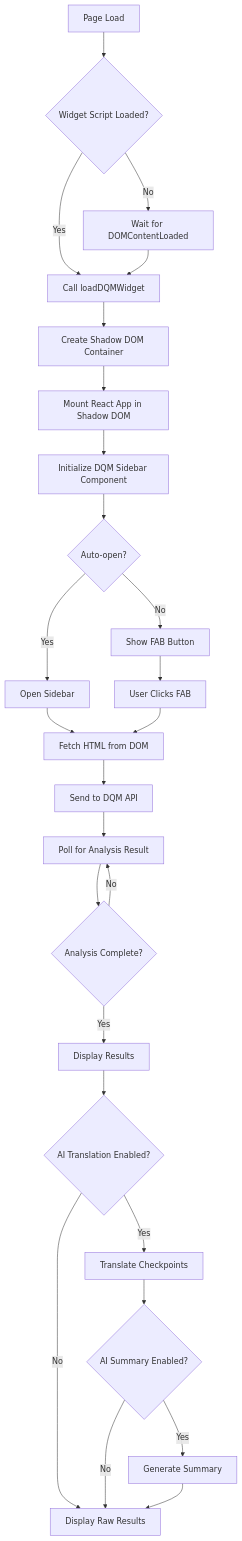
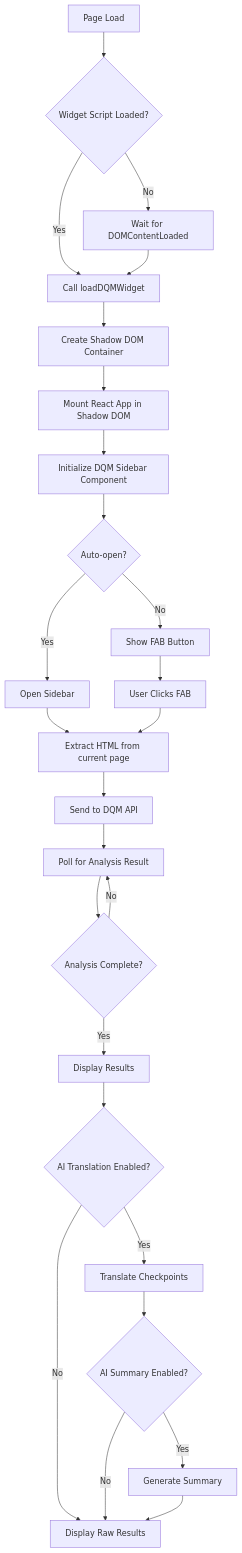
One commit to Crownpeak/dqm-react-component changed the diagram in docs/WIDGET-GUIDE.md. Above: the diagram before and after it, drawn with Mermaid. The commit also changed other lines of this file and 75 other files, not shown here.

````diff
--- a/docs/WIDGET-GUIDE.md
+++ b/docs/WIDGET-GUIDE.md
@@ -214,35 +209,35 @@
 ```mermaid
 flowchart TD
     A[Page Load] --> B{Widget Script Loaded?}
     B -->|Yes| C[Call loadDQMWidget]
     B -->|No| D[Wait for DOMContentLoaded]
     D --> C
     
     C --> E[Create Shadow DOM Container]
     E --> F[Mount React App in Shadow DOM]
     F --> G[Initialize DQM Sidebar Component]
     
     G --> H{Auto-open?}
     H -->|Yes| I[Open Sidebar]
     H -->|No| J[Show FAB Button]
     
-    I --> K[Fetch HTML from DOM]
+    I --> K[Extract HTML from current page]
     K --> L[Send to DQM API]
     L --> M[Poll for Analysis Result]
     M --> N{Analysis Complete?}
     N -->|Yes| O[Display Results]
     N -->|No| M
     
     O --> P{AI Translation Enabled?}
     P -->|Yes| Q[Translate Checkpoints]
     P -->|No| R[Display Raw Results]
     
     Q --> S{AI Summary Enabled?}
     S -->|Yes| T[Generate Summary]
     S -->|No| R
     
     T --> R
     
     J --> U[User Clicks FAB]
     U --> K
 ```
````
